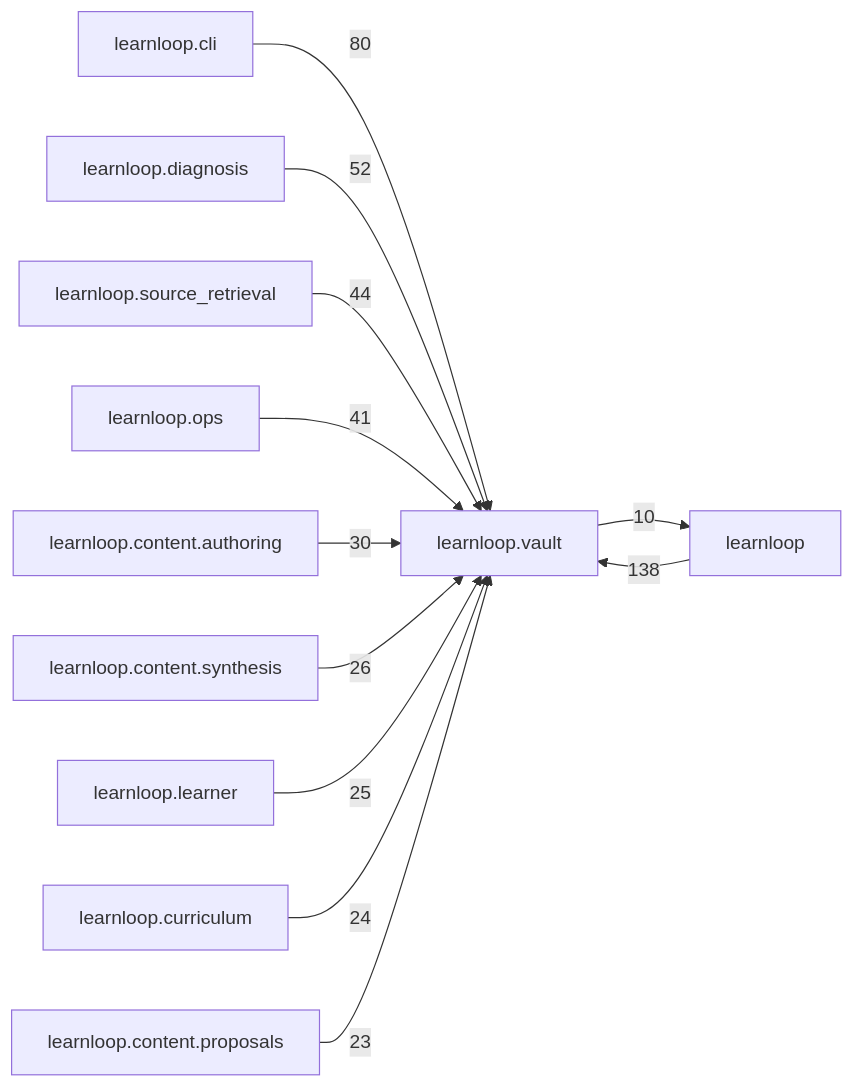
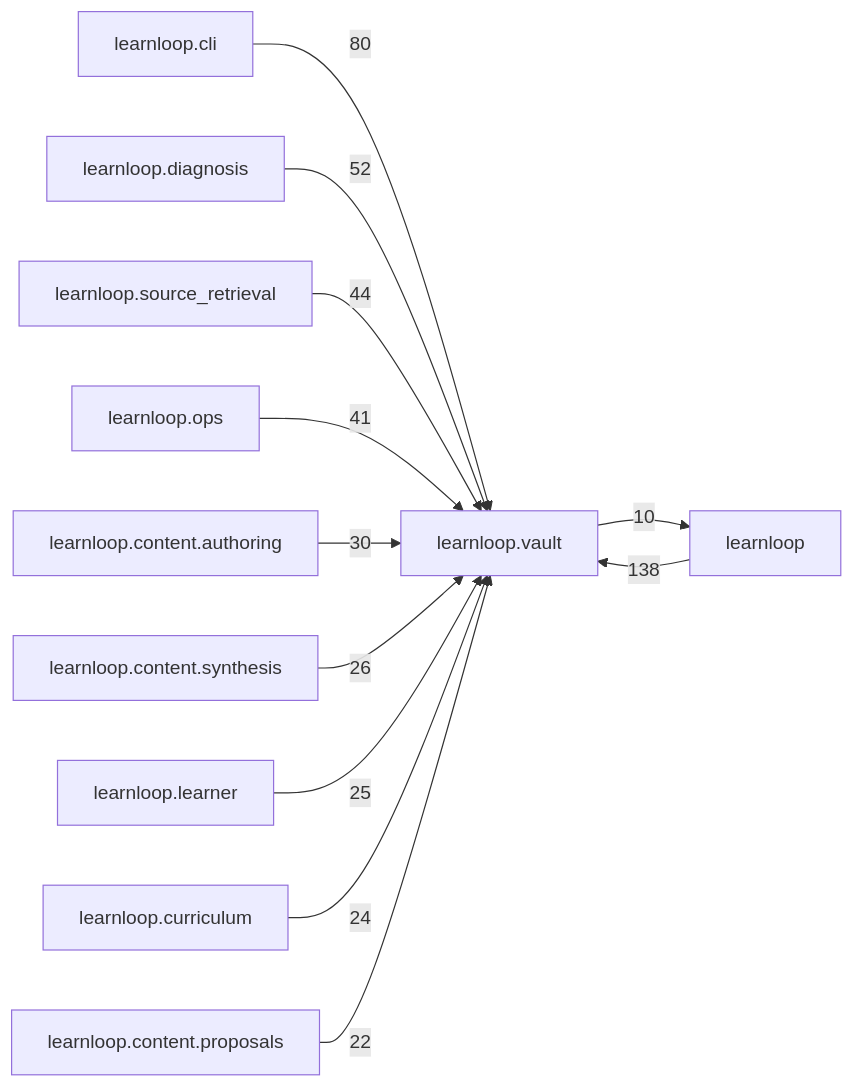
Before and after one commit to 6up-b/learnanything: the diagram in docs/learnloop-architecture-vault/Reference/Modules/learnloop/vault/_package.md, drawn with Mermaid. The commit also changed other lines of this file and 209 other files, not shown here.

````diff
--- a/docs/learnloop-architecture-vault/Reference/Modules/learnloop/vault/_package.md
+++ b/docs/learnloop-architecture-vault/Reference/Modules/learnloop/vault/_package.md
@@ -137,25 +137,25 @@
 ```mermaid
 flowchart LR
     center["learnloop.vault"]
     n_learnloop["learnloop"]
     n_learnloop_cli["learnloop.cli"]
     n_learnloop_diagnosis["learnloop.diagnosis"]
     n_learnloop_source_retrieval["learnloop.source_retrieval"]
     n_learnloop_ops["learnloop.ops"]
     n_learnloop_content_authoring["learnloop.content.authoring"]
     n_learnloop_content_synthesis["learnloop.content.synthesis"]
     n_learnloop_learner["learnloop.learner"]
     n_learnloop_curriculum["learnloop.curriculum"]
     n_learnloop_content_proposals["learnloop.content.proposals"]
     n_learnloop -->|138| center
     center -->|10| n_learnloop
     n_learnloop_cli -->|80| center
     n_learnloop_diagnosis -->|52| center
     n_learnloop_source_retrieval -->|44| center
     n_learnloop_ops -->|41| center
     n_learnloop_content_authoring -->|30| center
     n_learnloop_content_synthesis -->|26| center
     n_learnloop_learner -->|25| center
     n_learnloop_curriculum -->|24| center
-    n_learnloop_content_proposals -->|23| center
+    n_learnloop_content_proposals -->|22| center
 ```
````
